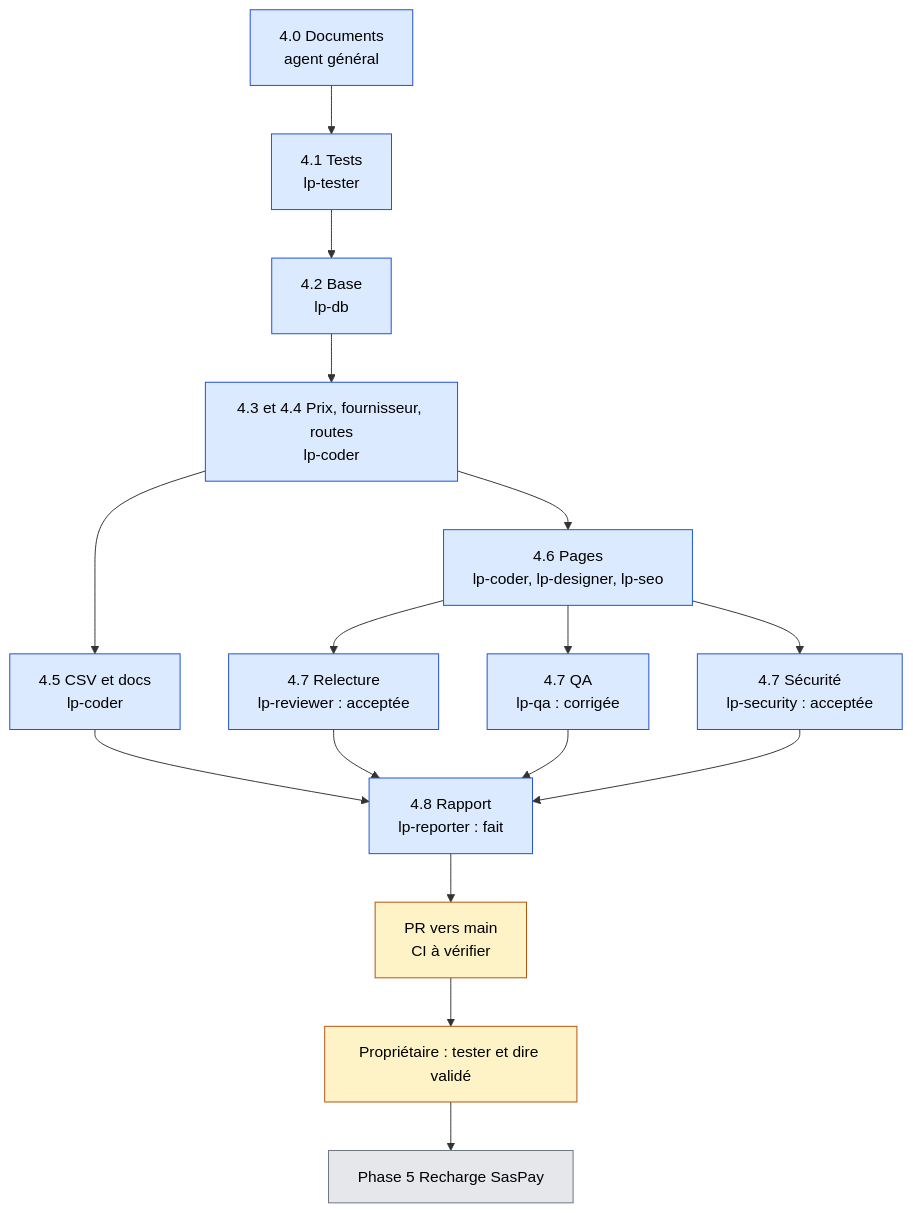
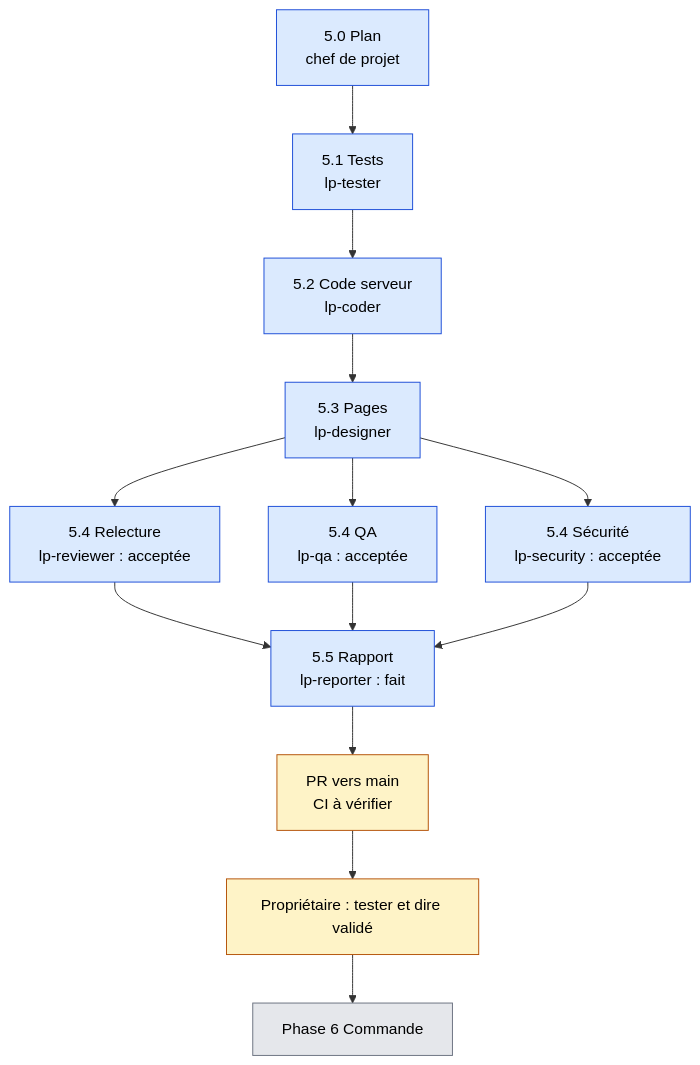
Before and after one commit to lyon32/lyonpanel: the fourth of 5 diagrams in docs/reports/TABLEAU-DE-BORD.md, drawn with Mermaid. The commit also changed other lines of this file and 40 other files, not shown here.

Commit message:
docs(phase-5): rapport de phase, bilan, tableau de bord, suivi et journal des changements

````diff
--- a/docs/reports/TABLEAU-DE-BORD.md
+++ b/docs/reports/TABLEAU-DE-BORD.md
@@ -90,24 +88,21 @@
 ```mermaid
 flowchart TD
-  T0["4.0 Documents<br/>agent général"] --> T1["4.1 Tests<br/>lp-tester"]
-  T1 --> T2["4.2 Base<br/>lp-db"]
-  T2 --> T3["4.3 et 4.4 Prix, fournisseur, routes<br/>lp-coder"]
-  T3 --> T5["4.5 CSV et docs<br/>lp-coder"]
-  T3 --> T6["4.6 Pages<br/>lp-coder, lp-designer, lp-seo"]
-  T6 --> R["4.7 Relecture<br/>lp-reviewer : acceptée"]
-  T6 --> Q["4.7 QA<br/>lp-qa : corrigée"]
-  T6 --> S["4.7 Sécurité<br/>lp-security : acceptée"]
-  T5 --> RP["4.8 Rapport<br/>lp-reporter : fait"]
-  R --> RP
+  T0["5.0 Plan<br/>chef de projet"] --> T1["5.1 Tests<br/>lp-tester"]
+  T1 --> T2["5.2 Code serveur<br/>lp-coder"]
+  T2 --> T3["5.3 Pages<br/>lp-designer"]
+  T3 --> R["5.4 Relecture<br/>lp-reviewer : acceptée"]
+  T3 --> Q["5.4 QA<br/>lp-qa : acceptée"]
+  T3 --> S["5.4 Sécurité<br/>lp-security : acceptée"]
+  R --> RP["5.5 Rapport<br/>lp-reporter : fait"]
   Q --> RP
   S --> RP
   RP --> PR["PR vers main<br/>CI à vérifier"]
   PR --> OWN["Propriétaire : tester et dire validé"]
-  OWN --> NEXT["Phase 5 Recharge SasPay"]
+  OWN --> NEXT["Phase 6 Commande"]
   classDef fait fill:#DBEAFE,stroke:#1D4ED8,color:#000
   classDef attente fill:#FEF3C7,stroke:#B45309,color:#000
   classDef afaire fill:#E5E7EB,stroke:#6B7280,color:#000
-  class T0,T1,T2,T3,T5,T6,R,Q,S,RP fait
+  class T0,T1,T2,T3,R,Q,S,RP fait
   class PR,OWN attente
   class NEXT afaire
 ```
````
